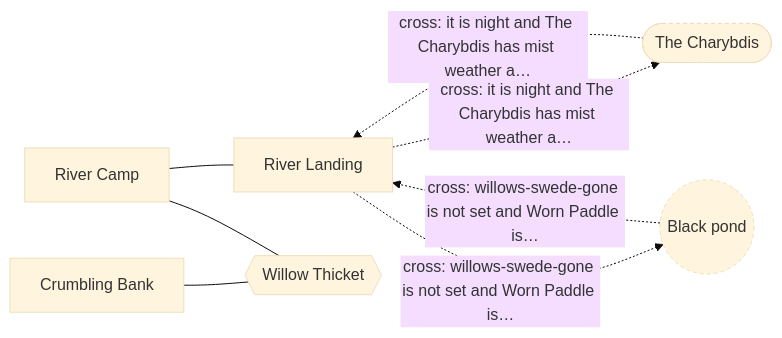
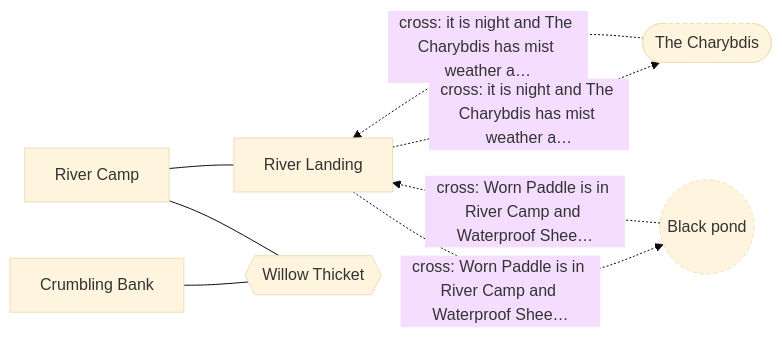
The first of 2 diagrams in docs/maps/willows.md (cenetex/cosyworld), drawn with Mermaid (base theme) before and after one commit. The commit also changed other lines of this file and 23 other files, not shown here.

````diff
--- a/docs/maps/willows.md
+++ b/docs/maps/willows.md
@@ -12,19 +12,19 @@
 ```mermaid
 flowchart LR
   %% The Willows
   n_willows_bank["Crumbling Bank"]
   n_willows_camp["River Camp"]
   n_willows_landing["River Landing"]
   n_willows_thicket{{"Willow Thicket"}}
   n_greek_ship(["The Charybdis"])
   n_pond(("Black pond"))
   n_greek_ship -. "cross: it is night and The Charybdis has mist weather a…" .-> n_willows_landing
-  n_pond -. "cross: willows-swede-gone is not set and Worn Paddle is…" .-> n_willows_landing
+  n_pond -. "cross: Worn Paddle is in River Camp and Waterproof Shee…" .-> n_willows_landing
   n_willows_bank --- n_willows_thicket
   n_willows_camp --- n_willows_landing
   n_willows_camp --- n_willows_thicket
   n_willows_landing -. "cross: it is night and The Charybdis has mist weather a…" .-> n_greek_ship
-  n_willows_landing -. "cross: willows-swede-gone is not set and Worn Paddle is…" .-> n_pond
+  n_willows_landing -. "cross: Worn Paddle is in River Camp and Waterproof Shee…" .-> n_pond
   classDef stub stroke-dasharray: 4 3
   class n_greek_ship,n_pond stub
 ```
````
